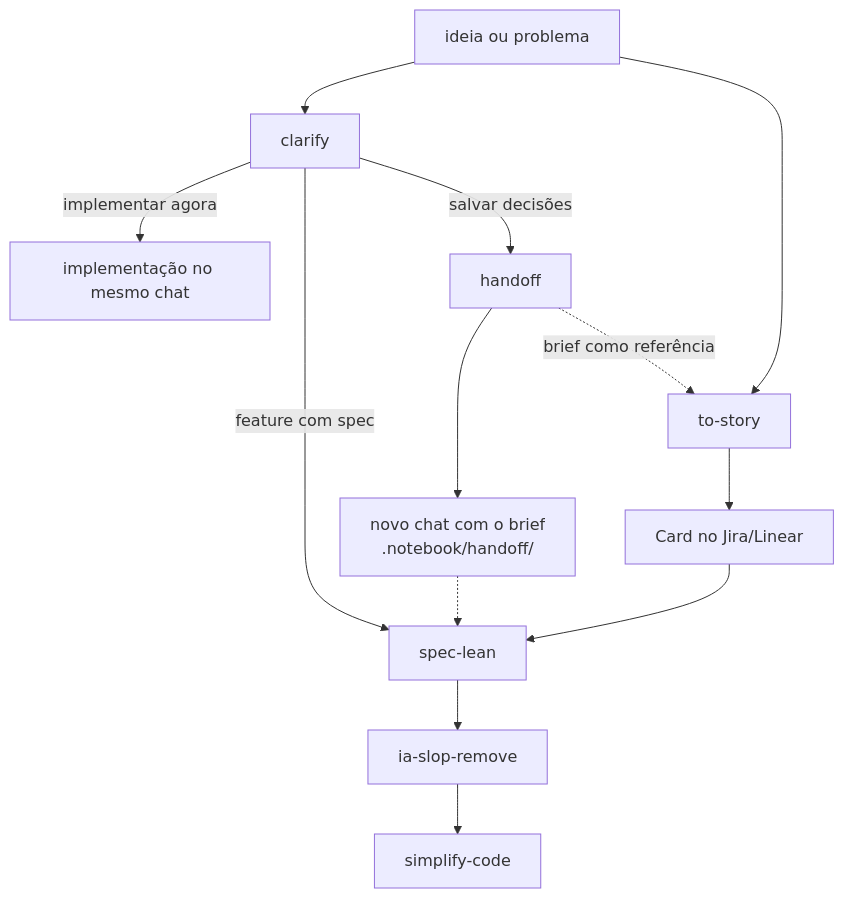
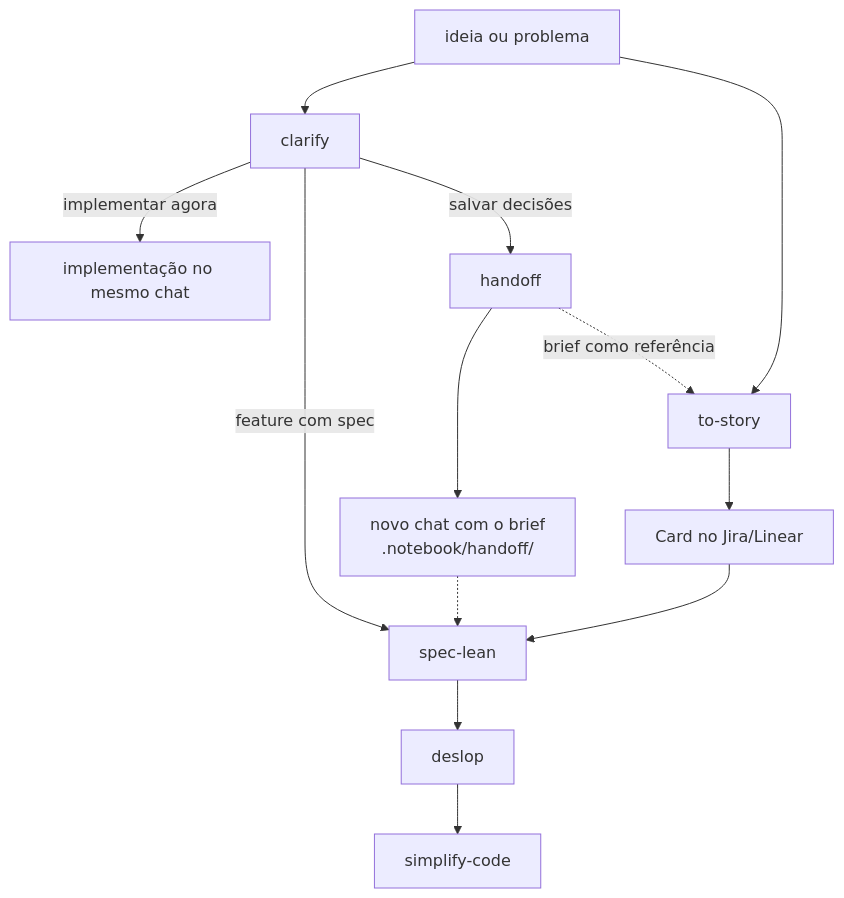
The diagram in README.md (leaofelipe/ia-stuff), drawn with Mermaid before and after one commit. The commit also changed other lines of this file and 1 other file, not shown here.

Commit message:
Rename ia-slop-remove to deslop.

````diff
--- a/README.md
+++ b/README.md
@@ -44,15 +44,15 @@
 ```mermaid
 flowchart TD
     ideia[ideia ou problema] --> clarify
     ideia --> story[to-story]
     clarify -->|implementar agora| impl[implementação no mesmo chat]
     clarify -->|feature com spec| spec[spec-lean]
     clarify -->|salvar decisões| handoff
     handoff --> novo["novo chat com o brief<br/>.notebook/handoff/"]
     novo -.-> spec
     handoff -.->|brief como referência| story
     story --> jira["Card no Jira/Linear"]
     jira --> spec
-    spec --> slop[ia-slop-remove]
+    spec --> slop[deslop]
     slop --> simplify[simplify-code]
 ```
````
